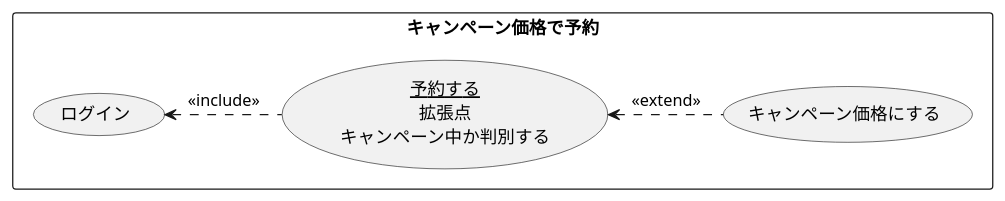
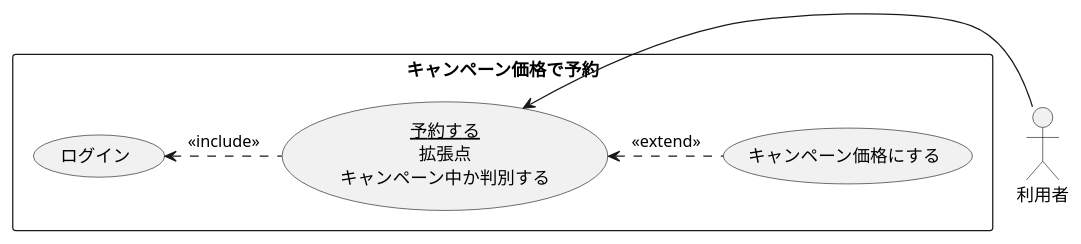
One commit to ponkotu1/uml-introduction changed the diagram in 演習2-4_キャンペーン中のホテル宿泊予約.pu. Above: the diagram before and after it, drawn with PlantUML. The commit also changed 2 other files, not shown here.

```diff
--- a/演習2-4_キャンペーン中のホテル宿泊予約.pu
+++ b/演習2-4_キャンペーン中のホテル宿泊予約.pu
@@ -1,9 +1,11 @@
 @startuml ユースケース図
+actor 利用者
 rectangle キャンペーン価格で予約 {
 usecase キャンペーン価格にする
 usecase (<u>予約する</u>\n拡張点\nキャンペーン中か判別する) as input
 usecase ログイン
 }
 input <. (キャンペーン価格にする) : <<extend>>
 ログイン <. input : << include >>
+input <- 利用者
 @enduml
```
